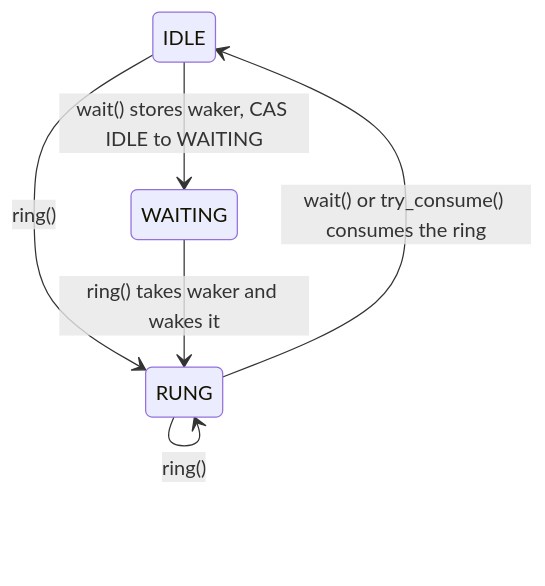
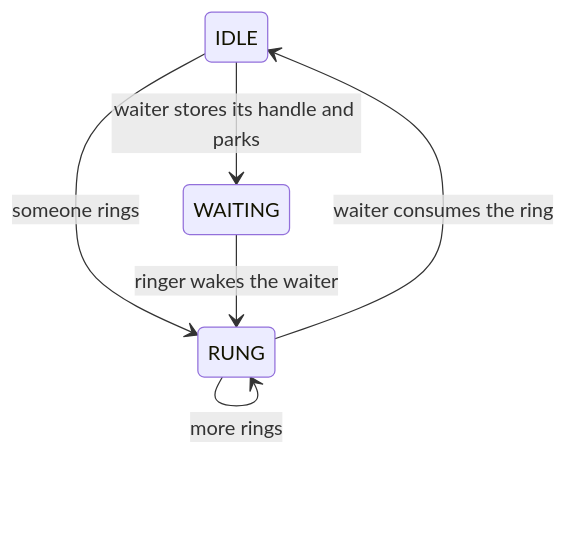
Before and after one commit to warrenzhu25/rudis: the third of 4 diagrams in docs/internal/04_sharding_mesh.md, drawn with Mermaid. The commit also changed other lines of this file and 18 other files, not shown here.

````diff
--- a/docs/internal/04_sharding_mesh.md
+++ b/docs/internal/04_sharding_mesh.md
@@ -364,8 +361,8 @@
 ```mermaid
 stateDiagram-v2
-    IDLE --> RUNG: ring()
-    WAITING --> RUNG: ring() takes waker and wakes it
-    RUNG --> RUNG: ring()
-    IDLE --> WAITING: wait() stores waker, CAS IDLE to WAITING
-    RUNG --> IDLE: wait() or try_consume() consumes the ring
+    IDLE --> RUNG: someone rings
+    IDLE --> WAITING: waiter stores its handle and parks
+    WAITING --> RUNG: ringer wakes the waiter
+    RUNG --> RUNG: more rings
+    RUNG --> IDLE: waiter consumes the ring
 ```
````
